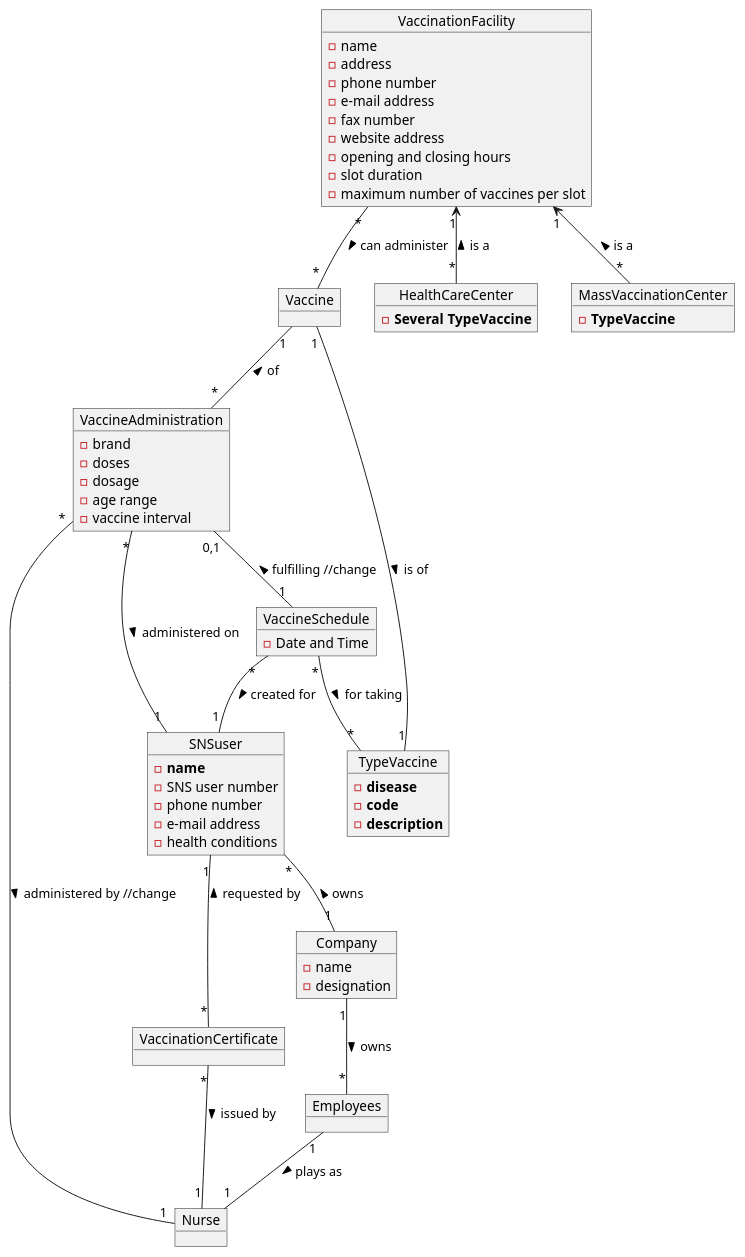
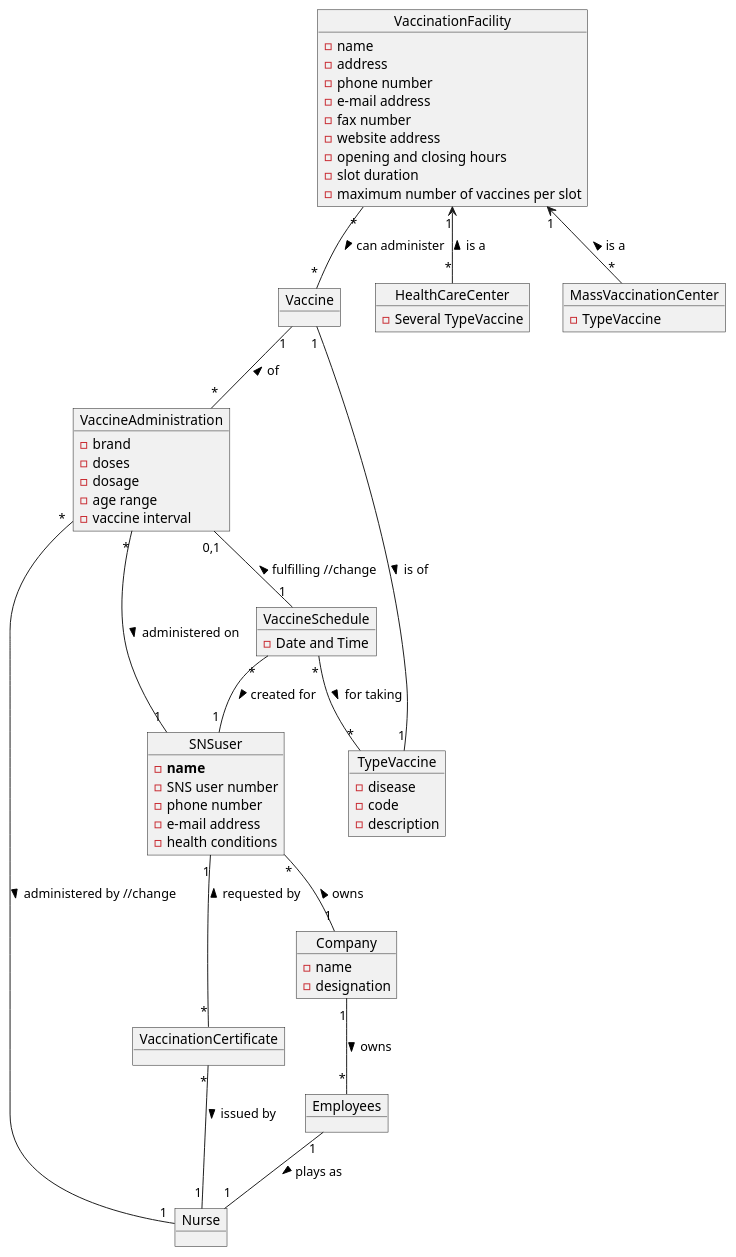
Before and after one commit to osnilas/SNSsystem: the diagram in docs/SprintD/US008/US008_MD.puml, drawn with PlantUML. The commit also changed 45 other files, not shown here.

```diff
--- a/docs/SprintD/US008/US008_MD.puml
+++ b/docs/SprintD/US008/US008_MD.puml
@@ -1,72 +1,72 @@
 @startuml
 'https://plantuml.com/class-diagram
 
 object SNSuser{
 -**name**
 -SNS user number
 -phone number
 -e-mail address
 -health conditions
 }
 object Company{
 -name
 -designation
 }
 object Employees
 object Nurse
 object VaccinationFacility{
 -name
 -address
 -phone number
 -e-mail address
 -fax number
 -website address
 -opening and closing hours
 -slot duration
 -maximum number of vaccines per slot
 }
 object HealthCareCenter{
--**Several TypeVaccine**
+-Several TypeVaccine
 }
 object MassVaccinationCenter{
--**TypeVaccine**
+-TypeVaccine
 }
 object TypeVaccine{
--**disease**
--**code**
--**description**
+-disease
+-code
+-description
 }
 
 object Vaccine
 
 object VaccineSchedule{
 -Date and Time
 }
 
 object VaccineAdministration {
 -brand
 -doses
 -dosage
 -age range
 -vaccine interval
 }
 object VaccinationCertificate
 
 
 Company"1" -- "*"Employees : > owns
 Employees"1"--"1" Nurse: > plays as
 SNSuser"*"--"1" Company : < owns
 SNSuser "1"--"*" VaccinationCertificate: < requested by
 VaccinationFacility"1"<--"*" MassVaccinationCenter: < is a
 VaccinationFacility"1"<--"*" HealthCareCenter: < is a
 VaccinationFacility "*"--"*" Vaccine: > can administer
 VaccineSchedule"*" -- "1"SNSuser: > created for
 VaccineAdministration"*" -- "1"Nurse: > administered by //change
 Vaccine"1" -- "*"VaccineAdministration: < of
 VaccineAdministration"*" -- "1"SNSuser: > administered on
 VaccineAdministration"0,1" -- "1"VaccineSchedule: < fulfilling //change
 VaccinationCertificate"*" -- "1"Nurse: > issued by
 VaccineSchedule"*" -- "*"TypeVaccine:> for taking
 Vaccine"1" --"1" TypeVaccine:> is of
 
 @enduml
```
